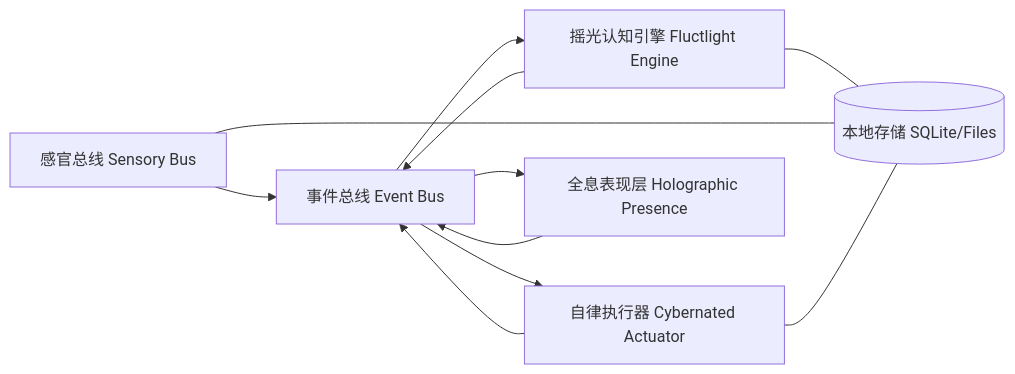
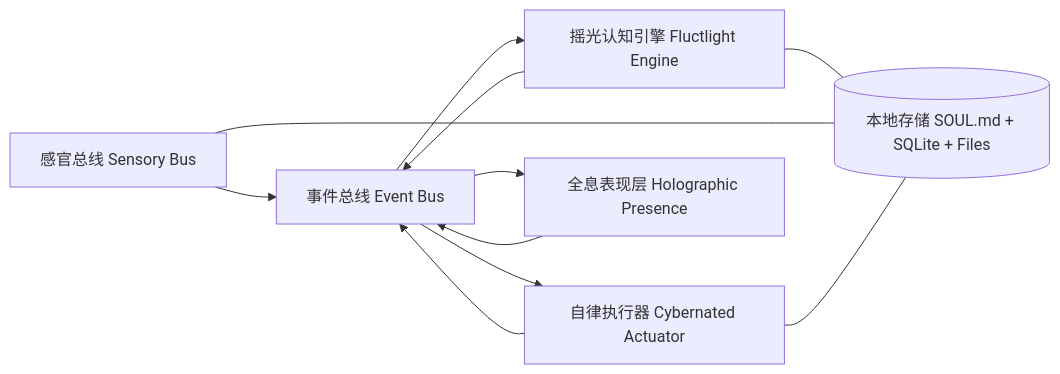
One commit to TouHouQing/airi-alice changed the diagram in docs/content/zh-Hans/docs/alice/architecture.md. Above: the diagram before and after it, drawn with Mermaid. The commit also changed other lines of this file and 59 other files, not shown here.

````diff
--- a/docs/content/zh-Hans/docs/alice/architecture.md
+++ b/docs/content/zh-Hans/docs/alice/architecture.md
@@ -26,15 +27,15 @@
 ```mermaid
 flowchart LR
   A["感官总线 Sensory Bus"] --> E["事件总线 Event Bus"]
   E --> B["摇光认知引擎 Fluctlight Engine"]
   B --> E
   E --> C["自律执行器 Cybernated Actuator"]
   C --> E
   E --> D["全息表现层 Holographic Presence"]
   D --> E
 
-  S[("本地存储 SQLite/Files")]
+  S[("本地存储 SOUL.md + SQLite + Files")]
   B --- S
   A --- S
   C --- S
 ```
````
